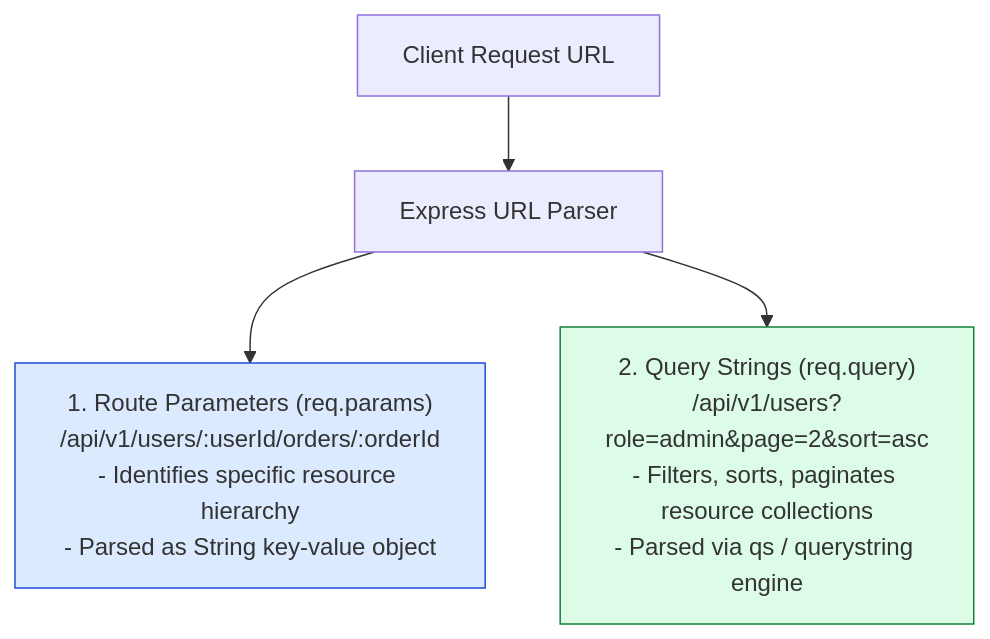
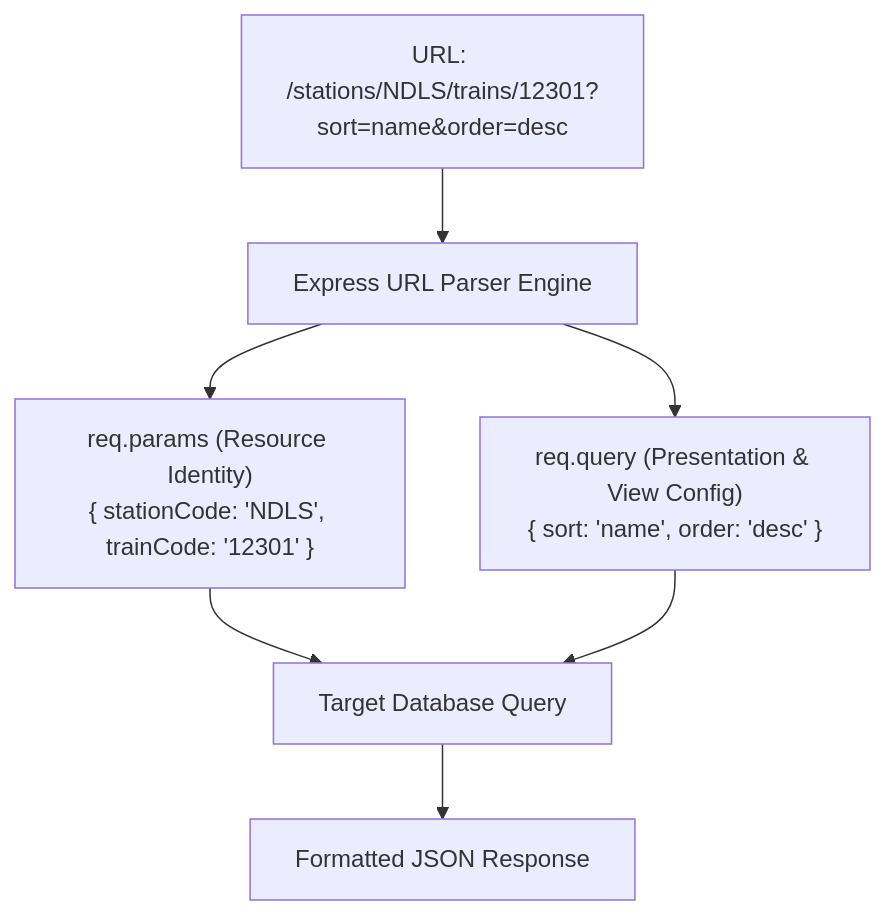
One commit to Amie-dev/engineering-playbook changed the diagram in express-notes/03-route-params.md. Above: the diagram before and after it, drawn with Mermaid. The commit also changed other lines of this file and 26 other files, not shown here.

First line of the commit message:
Refactor middleware pipeline architecture and API gateway design for enhanced clarity and functionality

````diff
--- a/express-notes/03-route-params.md
+++ b/express-notes/03-route-params.md
@@ -13,11 +9,11 @@
 ```mermaid
 flowchart TD
-    URL[Client Request URL] --> Parser["Express URL Parser"]
-
-    Parser --> PathParams["1. Route Parameters (req.params)<br/>/api/v1/users/:userId/orders/:orderId<br/>- Identifies specific resource hierarchy<br/>- Parsed as String key-value object"]
-
-    Parser --> QueryParams["2. Query Strings (req.query)<br/>/api/v1/users?role=admin&page=2&sort=asc<br/>- Filters, sorts, paginates resource collections<br/>- Parsed via qs / querystring engine"]
-
-    style PathParams fill:#dbeafe,stroke:#1d4ed8
-    style QueryParams fill:#dcfce7,stroke:#15803d
+    RequestURL["URL: /stations/NDLS/trains/12301?sort=name&order=desc"] --> ExpressParser["Express URL Parser Engine"]
+    
+    ExpressParser --> RouteParams["req.params (Resource Identity)<br/>{ stationCode: 'NDLS', trainCode: '12301' }"]
+    ExpressParser --> QueryParams["req.query (Presentation & View Config)<br/>{ sort: 'name', order: 'desc' }"]
+    
+    RouteParams --> DBQuery["Target Database Query"]
+    QueryParams --> DBQuery
+    DBQuery --> Response["Formatted JSON Response"]
 ```
````
